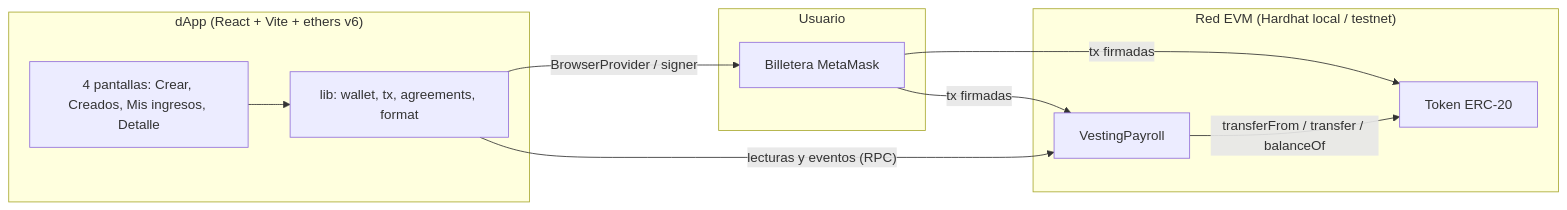
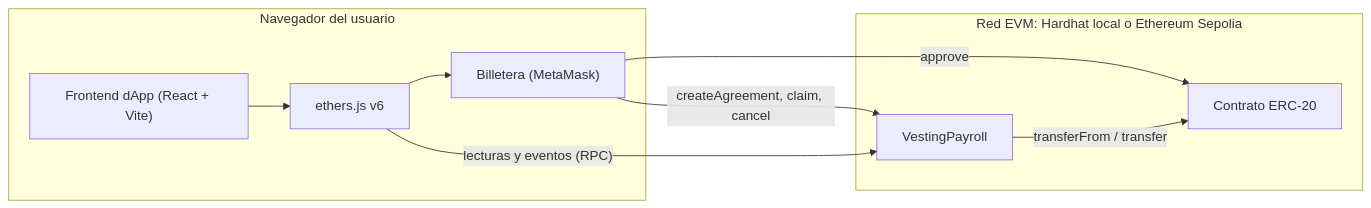
One commit to franjiji/obliBlockchain changed the first of 2 diagrams in docs/ARQUITECTURA.md. Above: the diagram before and after it, drawn with Mermaid. The commit also changed other lines of this file and 13 other files, not shown here.

Commit message:
Soporta Sepolia y local en la dApp, selector de red, test de Cancelled terminal y nuevo diagrama

````diff
--- a/docs/ARQUITECTURA.md
+++ b/docs/ARQUITECTURA.md
@@ -7,20 +24,18 @@
 ```mermaid
 flowchart LR
-    subgraph Usuario
-        W[Billetera MetaMask]
+    subgraph NAV["Navegador del usuario"]
+        FE["Frontend dApp (React + Vite)"]
+        ETH["ethers.js v6"]
+        WAL["Billetera (MetaMask)"]
     end
-    subgraph Frontend["dApp (React + Vite + ethers v6)"]
-        UI[4 pantallas: Crear, Creados, Mis ingresos, Detalle]
-        LIB[lib: wallet, tx, agreements, format]
+    subgraph RED["Red EVM: Hardhat local o Ethereum Sepolia"]
+        VP["VestingPayroll"]
+        TK["Contrato ERC-20"]
     end
-    subgraph Cadena["Red EVM (Hardhat local / testnet)"]
-        VP[VestingPayroll]
-        TK[Token ERC-20]
-    end
-    UI --> LIB
-    LIB -- "BrowserProvider / signer" --> W
-    W -- "tx firmadas" --> VP
-    W -- "tx firmadas" --> TK
-    LIB -- "lecturas y eventos (RPC)" --> VP
-    VP -- "transferFrom / transfer / balanceOf" --> TK
+    FE --> ETH
+    ETH --> WAL
+    WAL -->|"createAgreement, claim, cancel"| VP
+    WAL -->|"approve"| TK
+    ETH -->|"lecturas y eventos (RPC)"| VP
+    VP -->|"transferFrom / transfer"| TK
 ```
````
